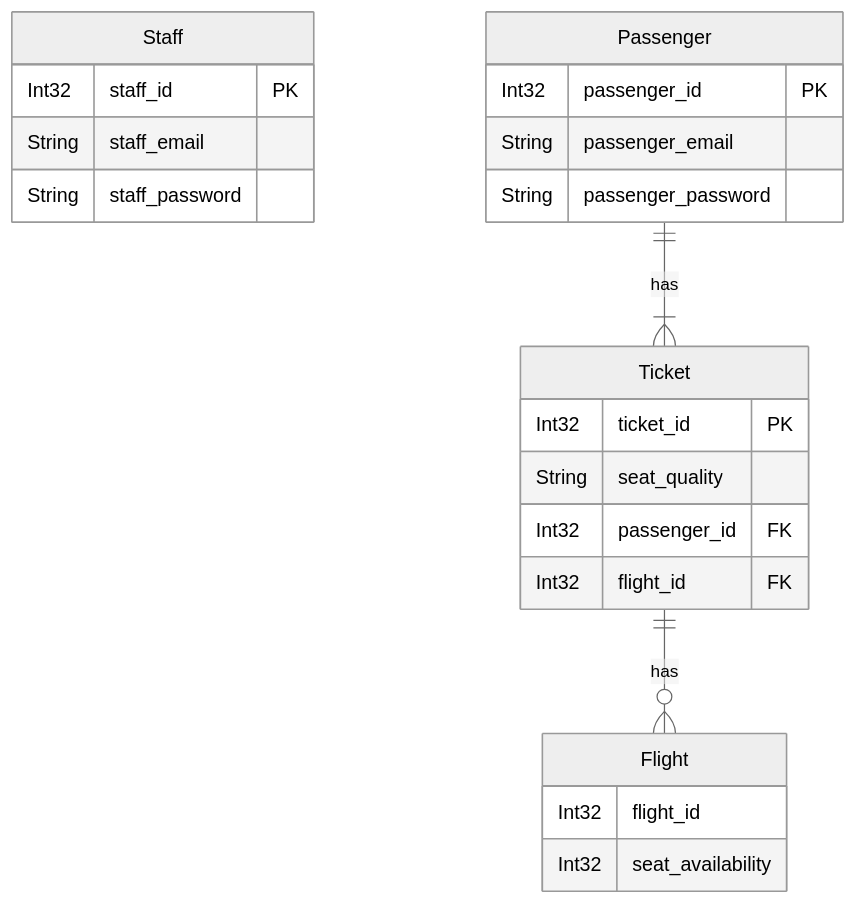
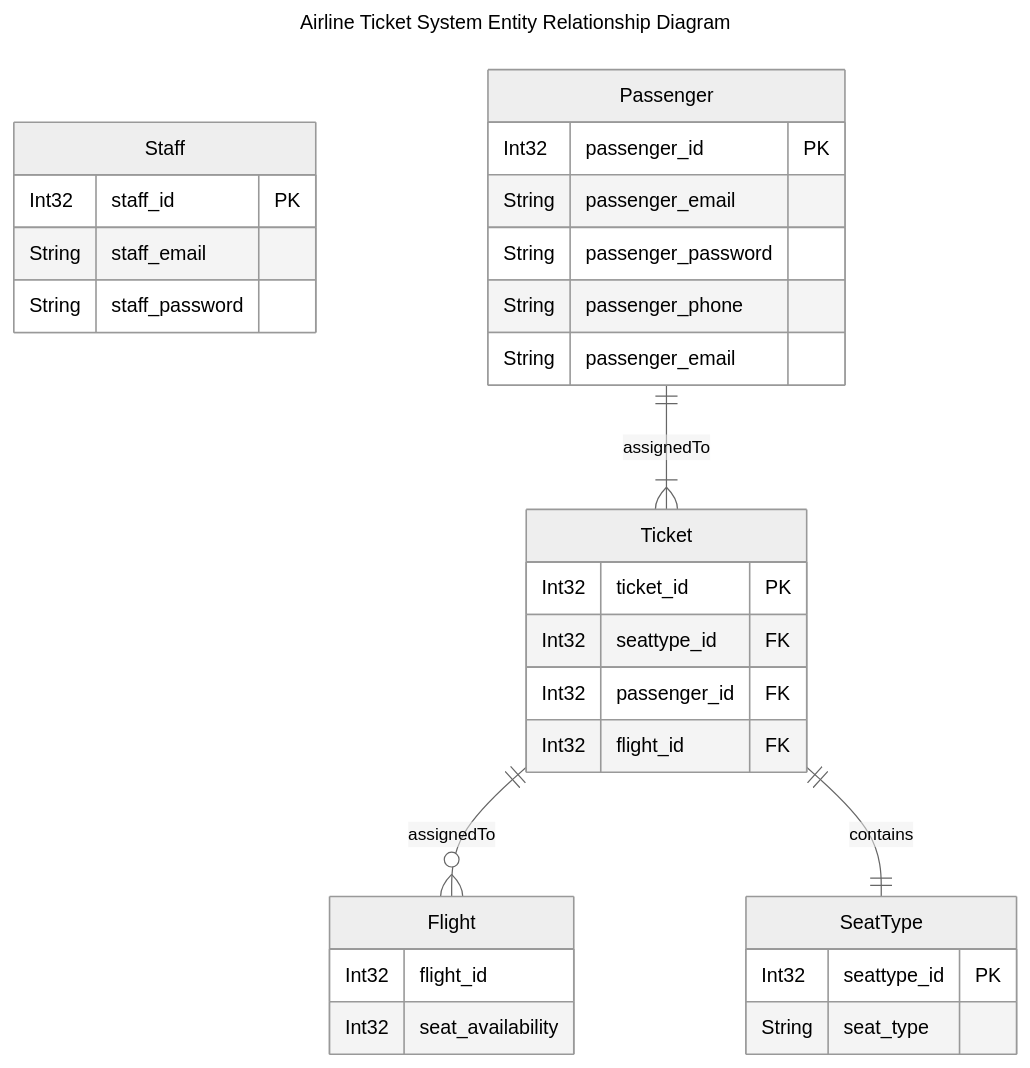
The diagram in docs/Diagrams/ERD.md (4lex16/AppDevProject), drawn with Mermaid (neutral theme) before and after one commit.

Commit message:
Added Staff to er diagram
- Added Properties to existing tables

- Added SeatType Table

````diff
--- a/docs/Diagrams/ERD.md
+++ b/docs/Diagrams/ERD.md
@@ -4,31 +4,44 @@
 ```mermaid
+---
+title: Airline Ticket System Entity Relationship Diagram
+---
 erDiagram
     %% Staff will be created by "Admin" (outside of our program)
     Staff {
         Int32 staff_id PK
         String staff_email
         String staff_password
     }
     
     Passenger {
         Int32 passenger_id PK
         String passenger_email
         String passenger_password
+        String passenger_phone
+        String passenger_email
     }
 
     %% Flight will be created by "Admin" (outside of our program)
     Flight {
         Int32 flight_id
         Int32 seat_availability
     }
 
+    
+
     Ticket {
         Int32 ticket_id PK
-        String seat_quality
+        Int32 seattype_id FK
         Int32 passenger_id FK
         Int32 flight_id FK
     }
 
-    Passenger ||--|{ Ticket : has
-    Ticket ||--o{ Flight: has
+    SeatType {
+        Int32 seattype_id PK
+        String seat_type
+    }
+
+    Passenger ||--|{ Ticket : assignedTo
+    Ticket ||--o{ Flight: assignedTo
+    Ticket ||--|| SeatType: contains
 ```
````
